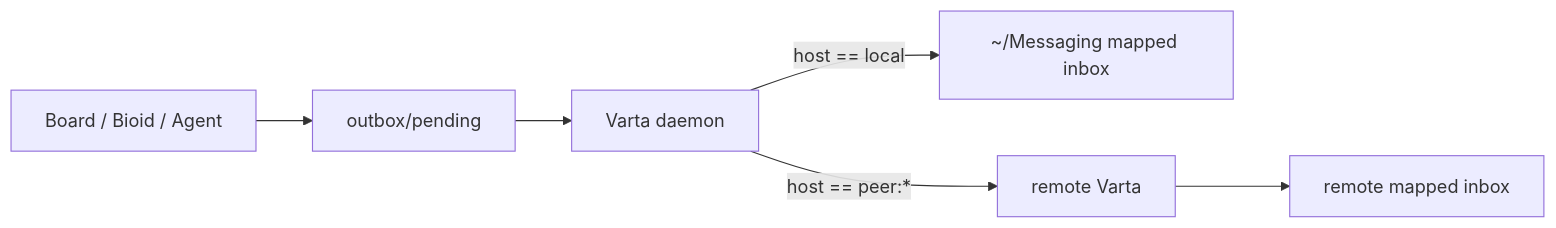
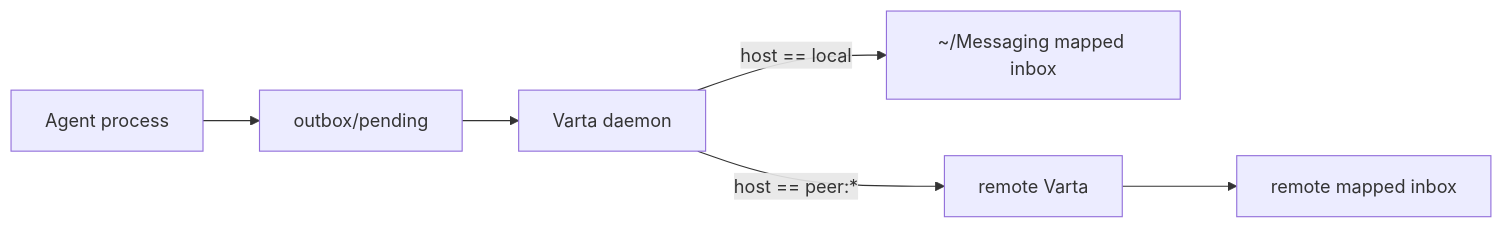
One commit to 1amageek/Varta changed the diagram in README.md. Above: the diagram before and after it, drawn with Mermaid. The commit also changed other lines of this file and 4 other files, not shown here.

````diff
--- a/README.md
+++ b/README.md
@@ -29,8 +29,8 @@
 ```mermaid
 flowchart LR
-    Producer["Board / Bioid / Agent"] --> Pending["outbox/pending"]
+    Producer["Agent process"] --> Pending["outbox/pending"]
     Pending --> Daemon["Varta daemon"]
     Daemon -->|"host == local"| Local["~/Messaging mapped inbox"]
     Daemon -->|"host == peer:*"| Remote["remote Varta"]
     Remote --> RemoteInbox["remote mapped inbox"]
 ```
````
